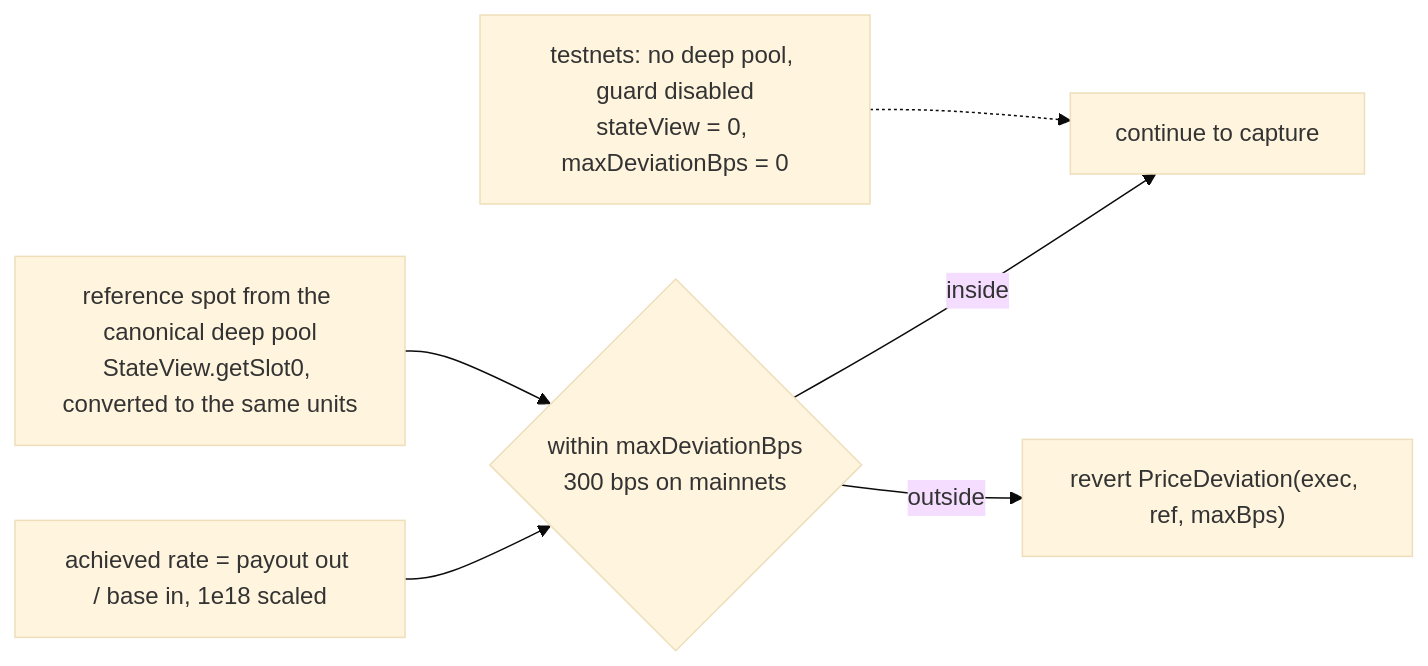
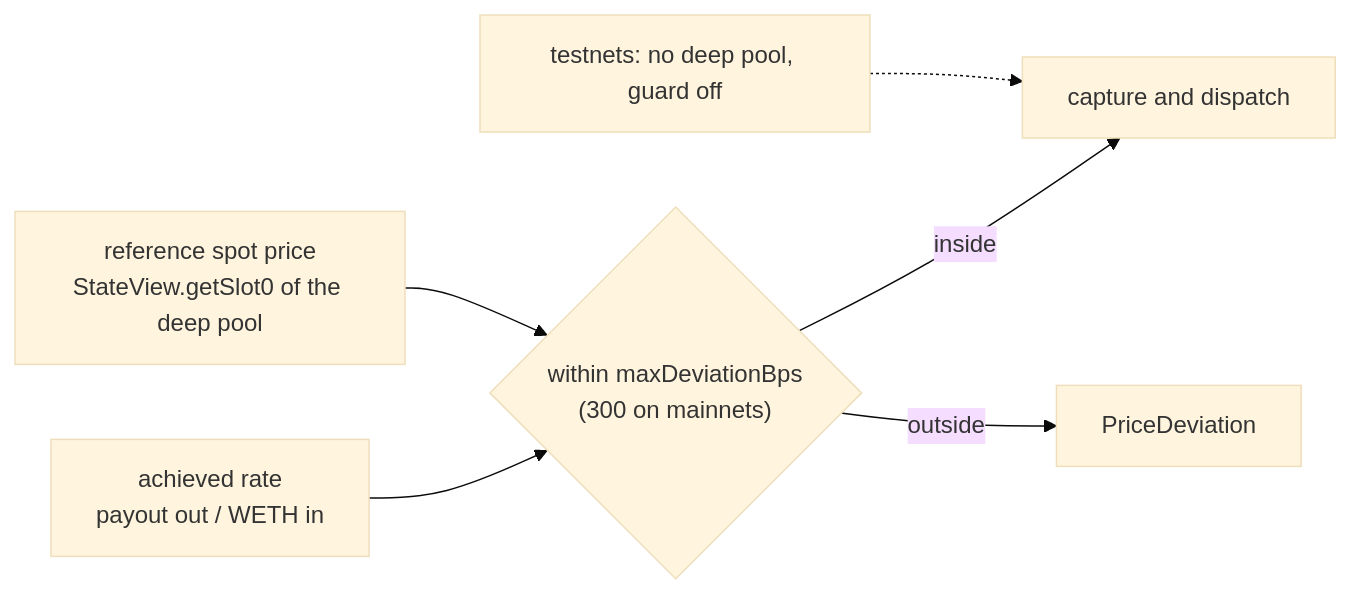
Before and after one commit to neevmodh/nidhi: the fifth of 5 diagrams in docs/architecture/02-uniswap-v4.md, drawn with Mermaid (base theme). The commit also changed other lines of this file and 5 other files, not shown here.

````diff
--- a/docs/architecture/02-uniswap-v4.md
+++ b/docs/architecture/02-uniswap-v4.md
@@ -151,8 +167,8 @@
 ```mermaid
 flowchart LR
-  A["achieved rate = payout out / base in, 1e18 scaled"] --> CMP{"within maxDeviationBps\n300 bps on mainnets"}
-  B["reference spot from the canonical deep pool\nStateView.getSlot0, converted to the same units"] --> CMP
-  CMP -- inside --> PASS["continue to capture"]
-  CMP -- outside --> REV["revert PriceDeviation(exec, ref, maxBps)"]
-  OFF["testnets: no deep pool, guard disabled\nstateView = 0, maxDeviationBps = 0"] -.-> PASS
+  A["achieved rate<br/>payout out / WETH in"] --> CMP{"within maxDeviationBps<br/>(300 on mainnets)"}
+  B["reference spot price<br/>StateView.getSlot0 of the deep pool"] --> CMP
+  CMP -- inside --> PASS["capture and dispatch"]
+  CMP -- outside --> REV["PriceDeviation"]
+  OFF["testnets: no deep pool, guard off"] -.-> PASS
 ```
````
